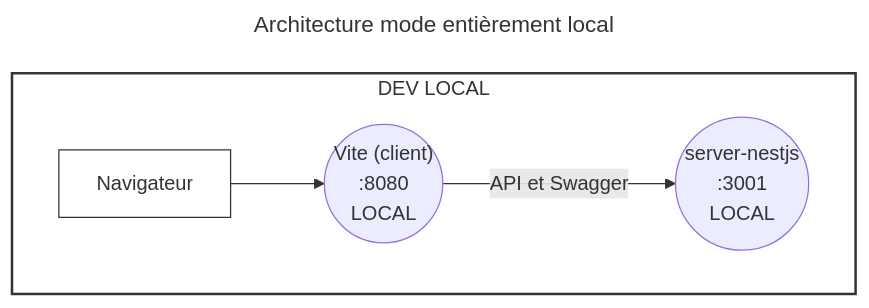
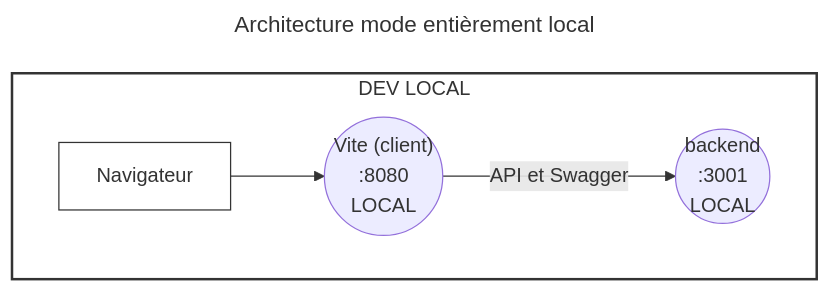
One commit to cloud-pi-native/console changed the first of 2 diagrams in ENVIRONMENTS.md. Above: the diagram before and after it, drawn with Mermaid. The commit also changed other lines of this file and 571 other files, not shown here.

First line of the commit message:
refactor: renommer server-nestjs en backend

````diff
--- a/ENVIRONMENTS.md
+++ b/ENVIRONMENTS.md
@@ -57,19 +58,19 @@
 ```mermaid
 ---
 title: Architecture mode entièrement local
 ---
 graph LR
 
   subgraph DEV_LOCAL["DEV LOCAL"]
     direction LR
     NAV_L["Navigateur"]
     NGINX_L(("Vite (client)\n:8080\nLOCAL"))
-    NESTJS_L(("server-nestjs\n:3001\nLOCAL"))
+    NESTJS_L(("backend\n:3001\nLOCAL"))
 
     NAV_L --> NGINX_L
     NGINX_L -- "API et Swagger" --> NESTJS_L
   end
 
   style DEV_LOCAL fill:#fff,stroke:#333,stroke-width:2px
   style NAV_L fill:#fff,stroke:#333
 ```
````
